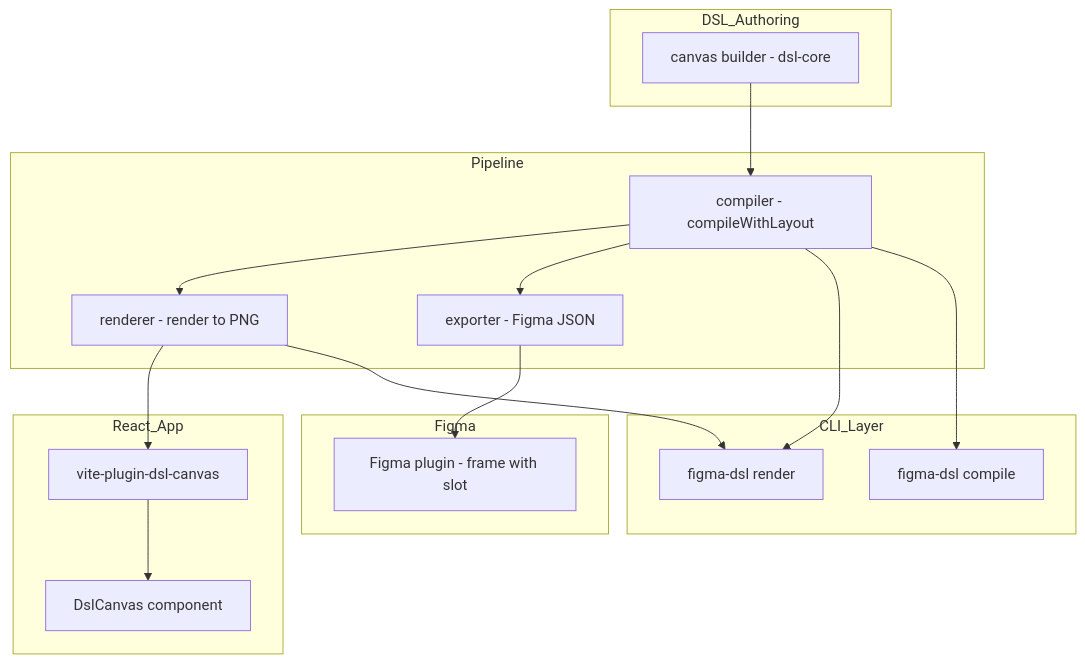
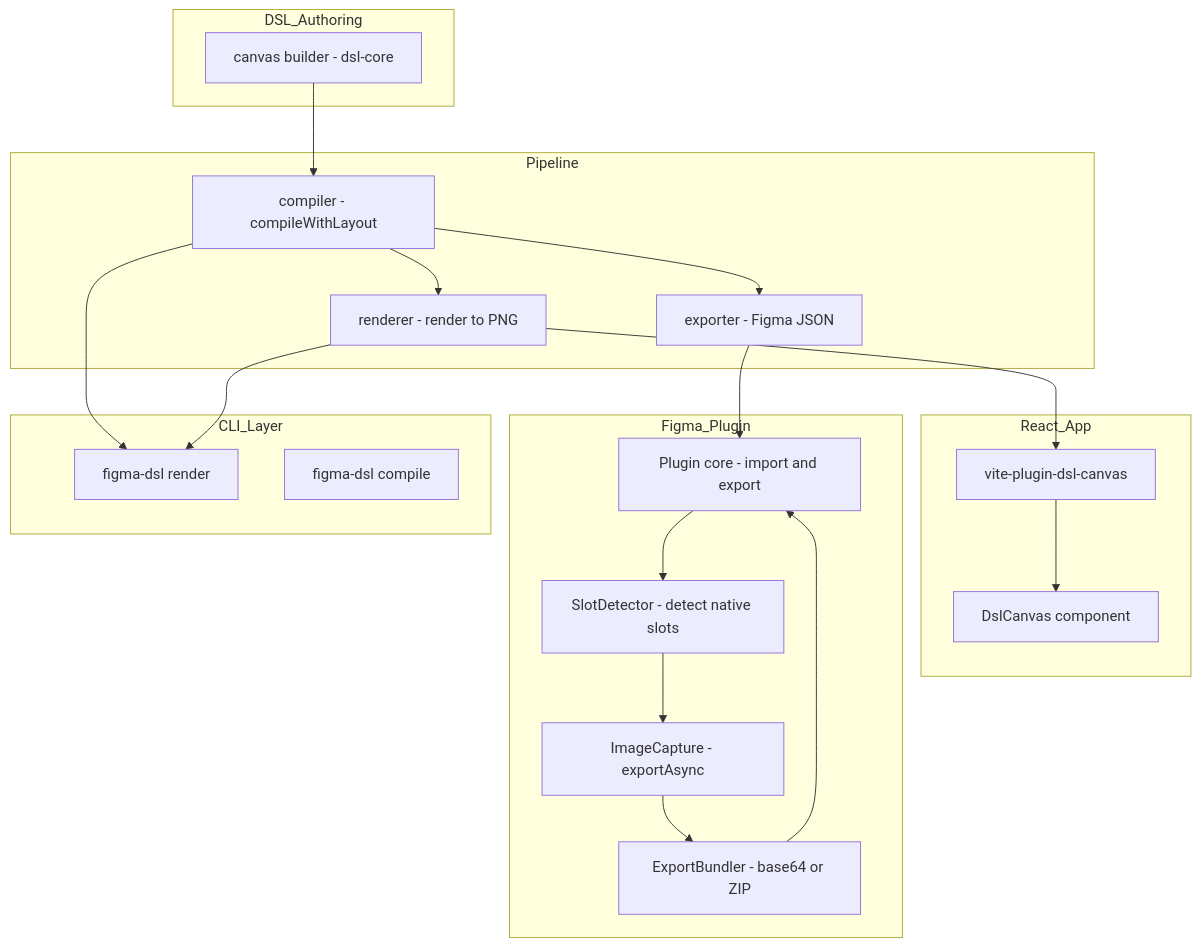
Before and after one commit to TETRA2000/figma-component-dsl: the first of 5 diagrams in .kiro/specs/canvas-component/design.md, drawn with Mermaid. The commit also changed other lines of this file and 2 other files, not shown here.

First line of the commit message:
Generate design for canvas-component with slot detection and unified export

````diff
--- a/.kiro/specs/canvas-component/design.md
+++ b/.kiro/specs/canvas-component/design.md
@@ -37,36 +37,42 @@
 ```mermaid
 graph TB
     subgraph DSL_Authoring
         CanvasBuilder[canvas builder - dsl-core]
     end
 
     subgraph Pipeline
         Compiler[compiler - compileWithLayout]
         Renderer[renderer - render to PNG]
         Exporter[exporter - Figma JSON]
     end
 
     subgraph React_App
         VitePlugin[vite-plugin-dsl-canvas]
         DslCanvas[DslCanvas component]
     end
 
-    subgraph Figma
-        Plugin[Figma plugin - frame with slot]
+    subgraph Figma_Plugin
+        SlotDetector[SlotDetector - detect native slots]
+        ImageCapture[ImageCapture - exportAsync]
+        ExportBundler[ExportBundler - base64 or ZIP]
+        PluginCore[Plugin core - import and export]
     end
 
     subgraph CLI_Layer
         RenderCmd[figma-dsl render]
         CompileCmd[figma-dsl compile]
     end
 
     CanvasBuilder --> Compiler
     Compiler --> Renderer
     Compiler --> Exporter
-    Exporter --> Plugin
+    Exporter --> PluginCore
     Renderer --> VitePlugin
     VitePlugin --> DslCanvas
     Compiler --> RenderCmd
-    Compiler --> CompileCmd
     Renderer --> RenderCmd
+    PluginCore --> SlotDetector
+    SlotDetector --> ImageCapture
+    ImageCapture --> ExportBundler
+    ExportBundler --> PluginCore
 ```
````
